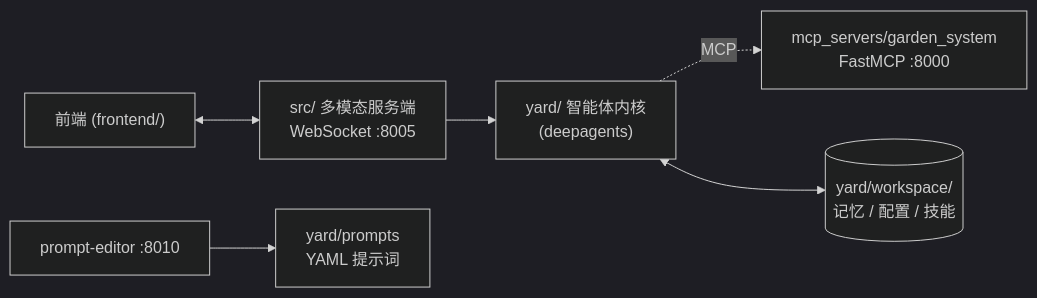
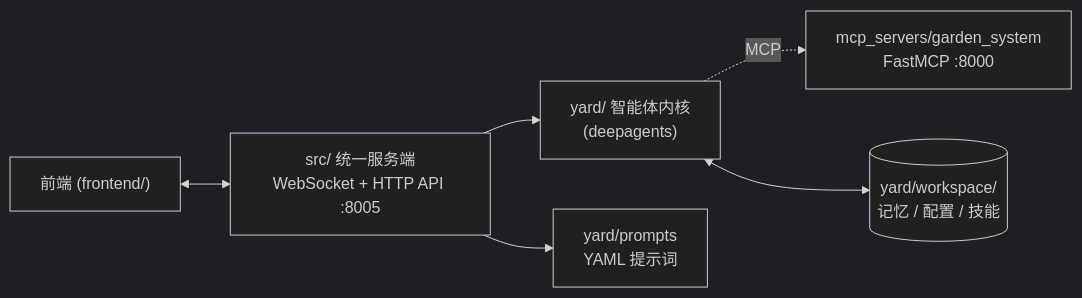
The diagram in README.md (sunxu42/gardenagent), drawn with Mermaid (dark theme) before and after one commit. The commit also changed other lines of this file and 15 other files, not shown here.

````diff
--- a/README.md
+++ b/README.md
@@ -14,8 +14,8 @@
 ```mermaid
 flowchart LR
-    Web["前端 (frontend/)"] <--> Src["src/ 多模态服务端<br/>WebSocket :8005"]
+    Web["前端 (frontend/)"] <--> Src["src/ 统一服务端<br/>WebSocket + HTTP API :8005"]
     Src --> Yard["yard/ 智能体内核<br/>(deepagents)"]
+    Src --> PromptsYaml["yard/prompts<br/>YAML 提示词"]
     Yard -.MCP.-> MCP["mcp_servers/garden_system<br/>FastMCP :8000"]
     Yard <--> Workspace[("yard/workspace/<br/>记忆 / 配置 / 技能")]
-    PromptEditor["prompt-editor :8010"] --> PromptsYaml["yard/prompts<br/>YAML 提示词"]
 ```
````
